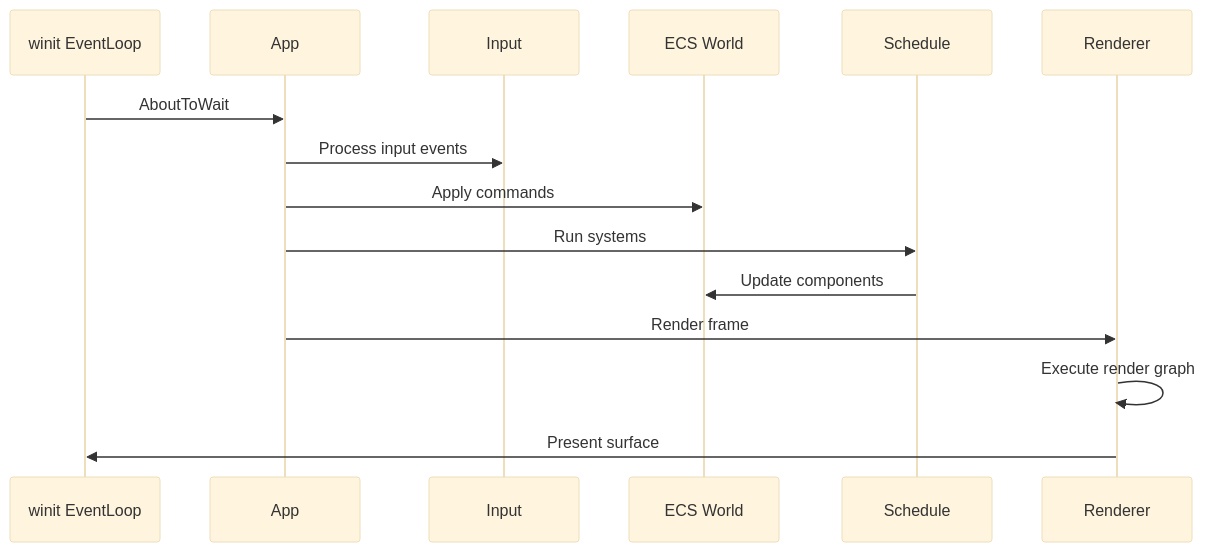
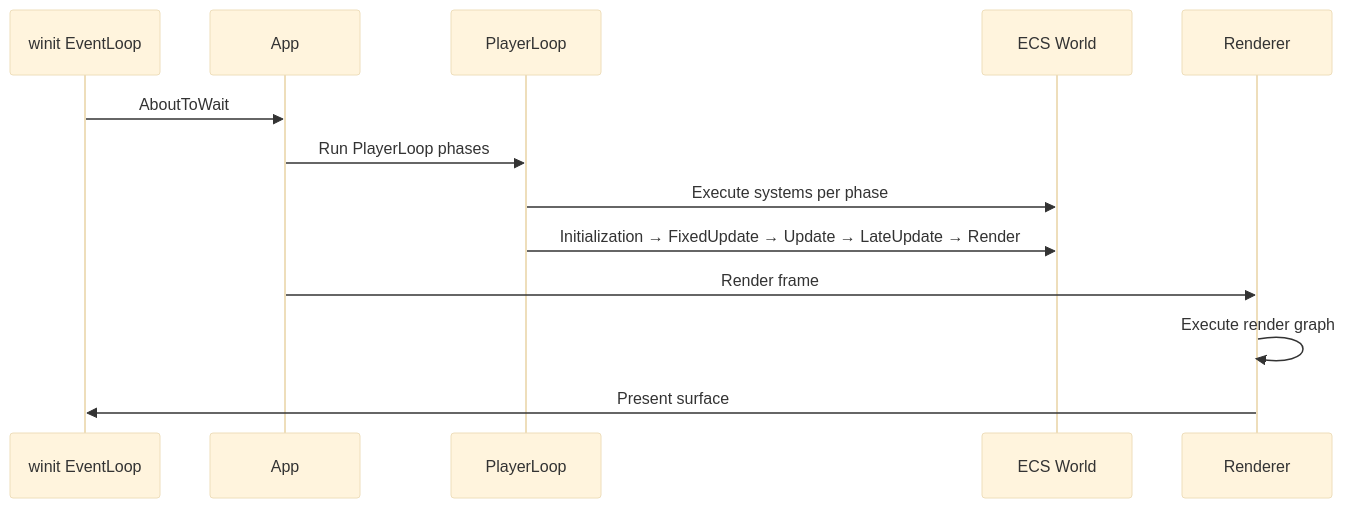
One commit to ConspiratorR/legendary-engine changed the second of 3 diagrams in docs/architecture.md. Above: the diagram before and after it, drawn with Mermaid (base theme). The commit also changed other lines of this file and 20 other files, not shown here.

````diff
--- a/docs/architecture.md
+++ b/docs/architecture.md
@@ -191,18 +204,16 @@
 ```mermaid
 sequenceDiagram
     participant W as winit EventLoop
     participant A as App
-    participant I as Input
+    participant P as PlayerLoop
     participant E as ECS World
-    participant S as Schedule
     participant R as Renderer
 
     W->>A: AboutToWait
-    A->>I: Process input events
-    A->>E: Apply commands
-    A->>S: Run systems
-    S->>E: Update components
+    A->>P: Run PlayerLoop phases
+    P->>E: Execute systems per phase
+    P->>E: Initialization → FixedUpdate → Update → LateUpdate → Render
     A->>R: Render frame
     R->>R: Execute render graph
     R->>W: Present surface
 ```
````
